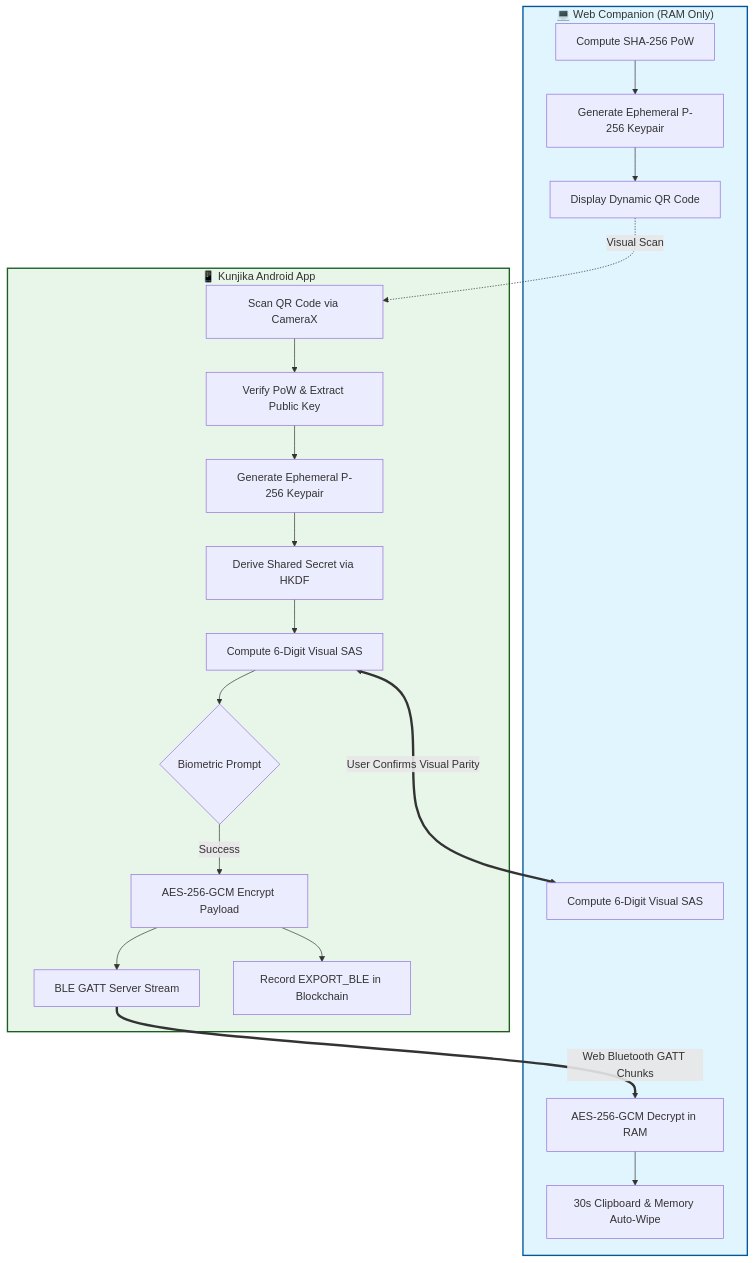
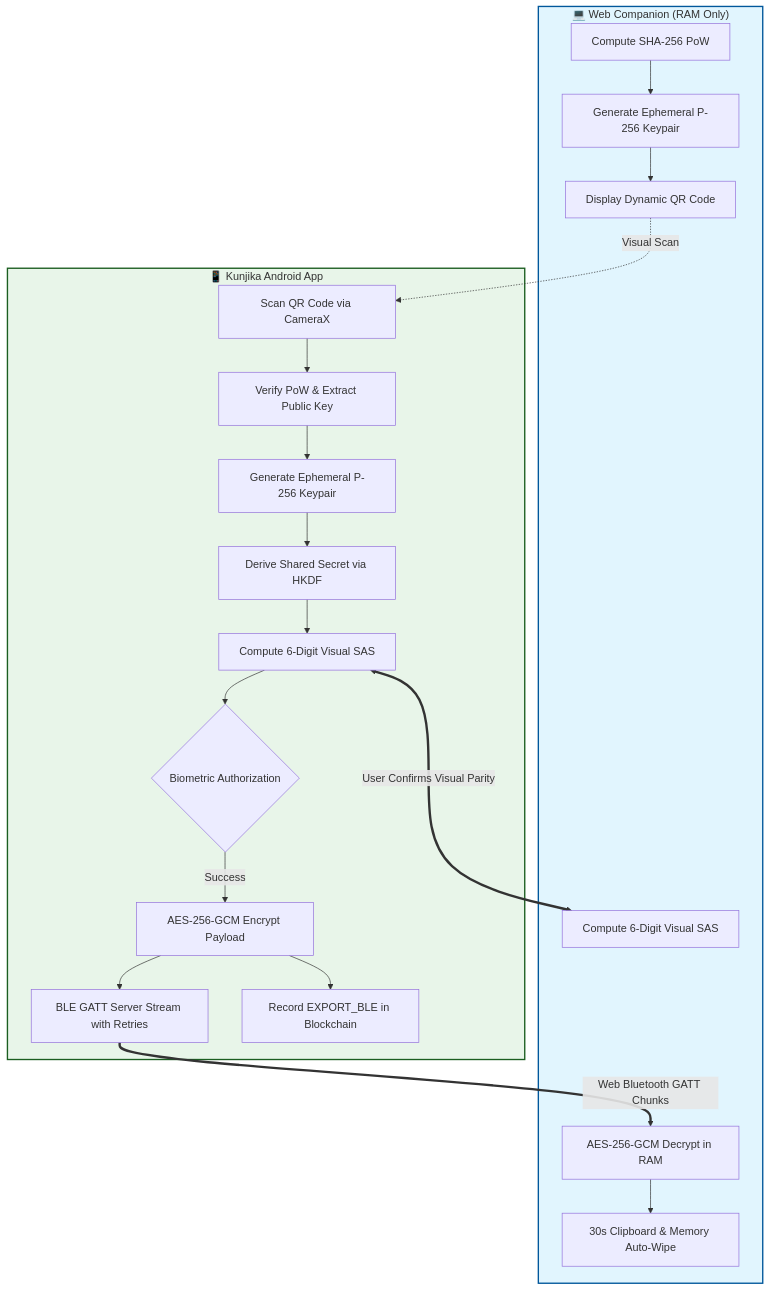
Before and after one commit to dwinsi/kunjika: the third of 3 diagrams in docs/security.md, drawn with Mermaid. The commit also changed other lines of this file and 17 other files, not shown here.

````diff
--- a/docs/security.md
+++ b/docs/security.md
@@ -86,29 +116,29 @@
 ```mermaid
 graph TD
     subgraph Browser ["💻 Web Companion (RAM Only)"]
         POW[Compute SHA-256 PoW] --> B_KP[Generate Ephemeral P-256 Keypair]
         B_KP --> QR[Display Dynamic QR Code]
         B_SAS[Compute 6-Digit Visual SAS]
         B_DEC[AES-256-GCM Decrypt in RAM]
         WIPE[30s Clipboard & Memory Auto-Wipe]
     end
 
     subgraph Phone ["📱 Kunjika Android App"]
         CAM[Scan QR Code via CameraX] --> P_POW[Verify PoW & Extract Public Key]
         P_POW --> P_KP[Generate Ephemeral P-256 Keypair]
         P_KP --> ECDH[Derive Shared Secret via HKDF]
         ECDH --> P_SAS[Compute 6-Digit Visual SAS]
-        P_SAS --> BIO{Biometric Prompt}
+        P_SAS --> BIO{Biometric Authorization}
         BIO -->|Success| P_ENC[AES-256-GCM Encrypt Payload]
-        P_ENC --> BLE_TX[BLE GATT Server Stream]
+        P_ENC --> BLE_TX[BLE GATT Server Stream with Retries]
         P_ENC --> LEDGER[Record EXPORT_BLE in Blockchain]
     end
 
     QR -.->|Visual Scan| CAM
     P_SAS <===>|User Confirms Visual Parity| B_SAS
     BLE_TX ==>|Web Bluetooth GATT Chunks| B_DEC
     B_DEC --> WIPE
 
     style Browser fill:#e1f5fe,stroke:#01579b,stroke-width:2px
     style Phone fill:#e8f5e9,stroke:#1b5e20,stroke-width:2px
 ```
````
